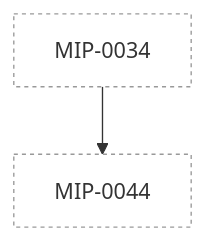
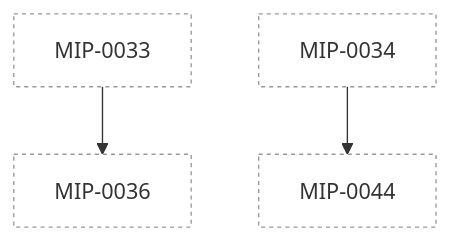
Before and after one commit to h0ffmann/marola: the diagram in docs/mips/README.md, drawn with Mermaid. The commit also changed other lines of this file and 1 other file, not shown here.

First paragraph of the commit message:
docs: MIP-0036 — Marola Advertising Action, the Release 0 launch plan (#205)
MAA turns the maintainer's "be as loud as possible" request into a
dependency-ordered launch sequence with one subsection per named channel,
each carrying that platform's real, checked requirements.

````diff
--- a/docs/mips/README.md
+++ b/docs/mips/README.md
@@ -62,10 +63,13 @@
 ```mermaid
 flowchart TD
   classDef draft fill:#fff,stroke:#999,stroke-dasharray:3 3;
   classDef accepted fill:#eef,stroke:#36c;
   classDef implemented fill:#efe,stroke:#2a2;
   classDef rejected fill:#f8f8f8,stroke:#bbb,color:#999;
+  M0033["MIP-0033"]:::draft
   M0034["MIP-0034"]:::draft
+  M0036["MIP-0036"]:::draft
   M0044["MIP-0044"]:::draft
+  M0033 --> M0036
   M0034 --> M0044
 ```
````
